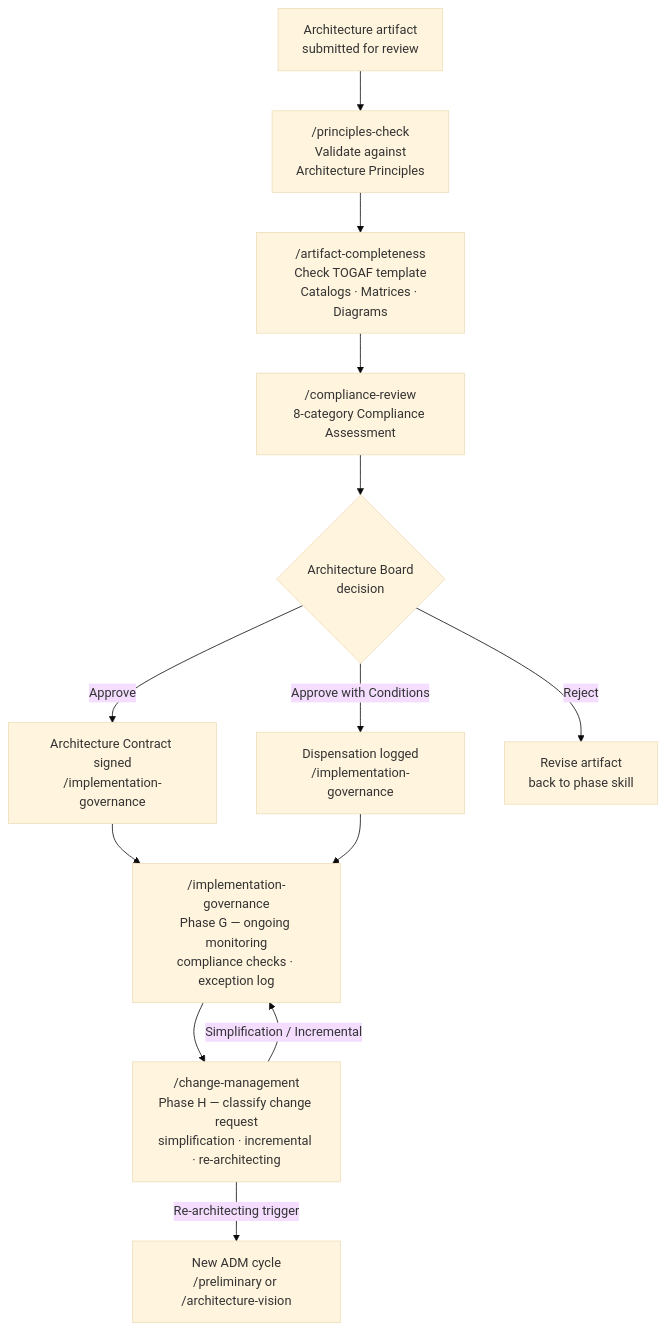
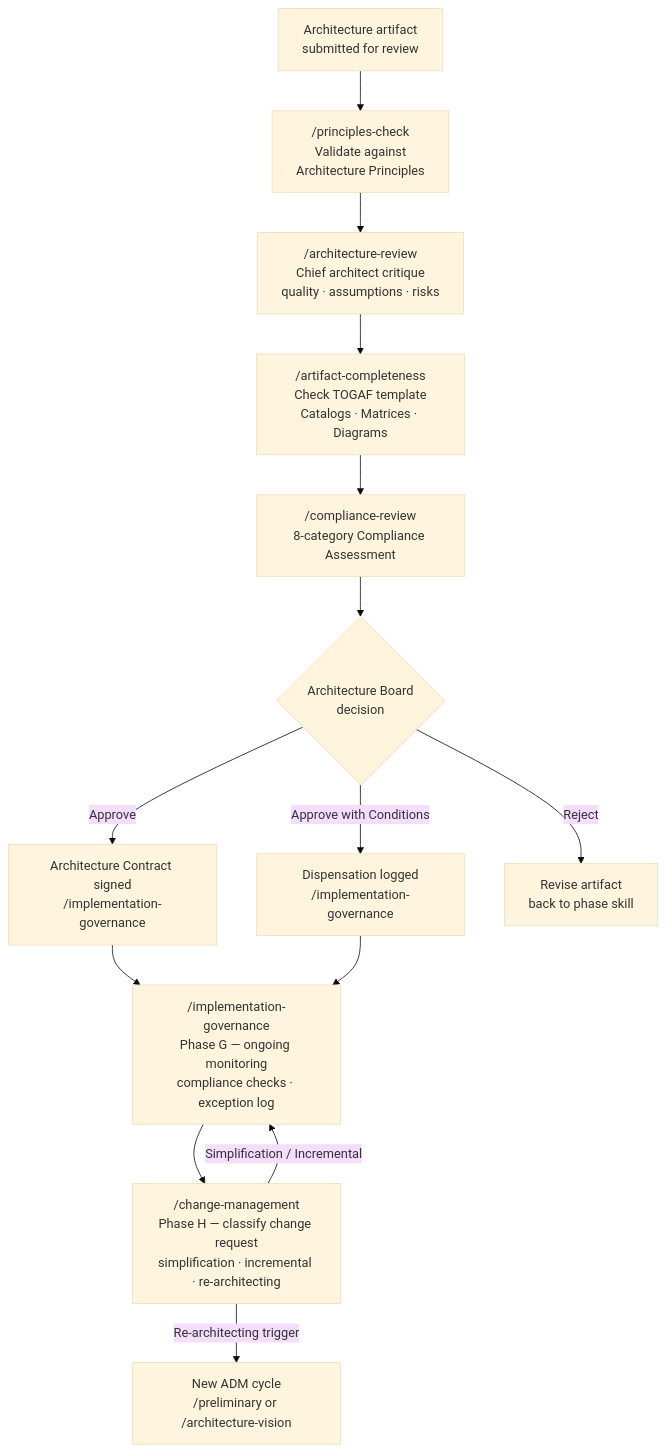
One commit to nclsprsn/architect-claude changed the second of 4 diagrams in README.md. Above: the diagram before and after it, drawn with Mermaid (base theme). The commit also changed other lines of this file, not shown here.

First line of the commit message:
📝 Fix Architect Workflow section — diagrams and intro

````diff
--- a/README.md
+++ b/README.md
@@ -247,16 +249,17 @@
 ```mermaid
 flowchart TD
     artifact["Architecture artifact<br>submitted for review"] --> pc
-    pc["/principles-check<br>Validate against<br>Architecture Principles"] --> ac
+    pc["/principles-check<br>Validate against<br>Architecture Principles"] --> ar
+    ar["/architecture-review<br>Chief architect critique<br>quality · assumptions · risks"] --> ac
     ac["/artifact-completeness<br>Check TOGAF template<br>Catalogs · Matrices · Diagrams"] --> cr
     cr["/compliance-review<br>8-category Compliance Assessment"] --> board{Architecture Board<br>decision}
     board -->|Approve| contract["Architecture Contract signed<br>/implementation-governance"]
     board -->|Approve with Conditions| dispense["Dispensation logged<br>/implementation-governance"]
     board -->|Reject| revise["Revise artifact<br>back to phase skill"]
     contract --> gov
     dispense --> gov
     gov["/implementation-governance<br>Phase G — ongoing monitoring<br>compliance checks · exception log"] --> change
     change["/change-management<br>Phase H — classify change request<br>simplification · incremental · re-architecting"]
     change -->|Re-architecting trigger| newcycle["New ADM cycle<br>/preliminary or /architecture-vision"]
     change -->|Simplification / Incremental| gov
 ```
````
